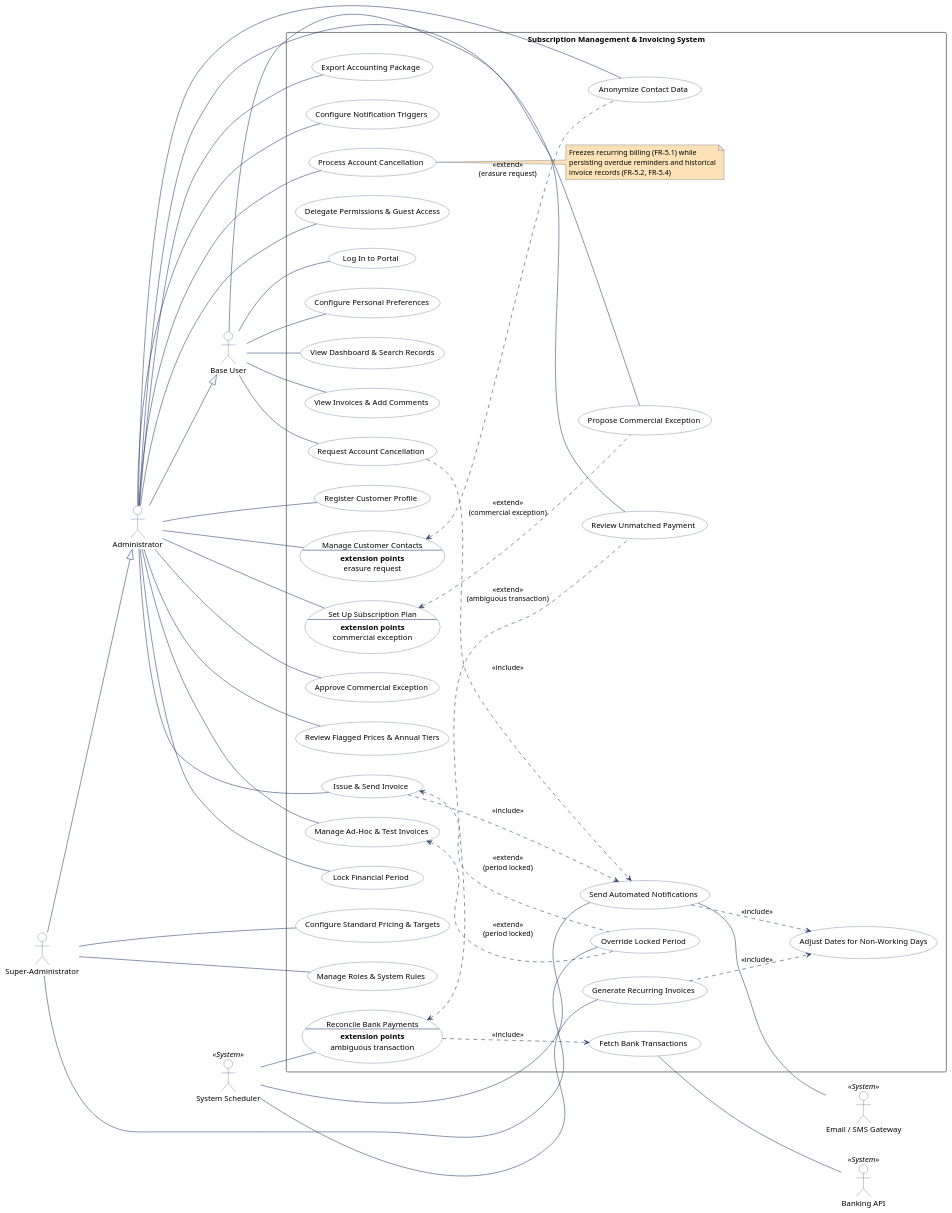
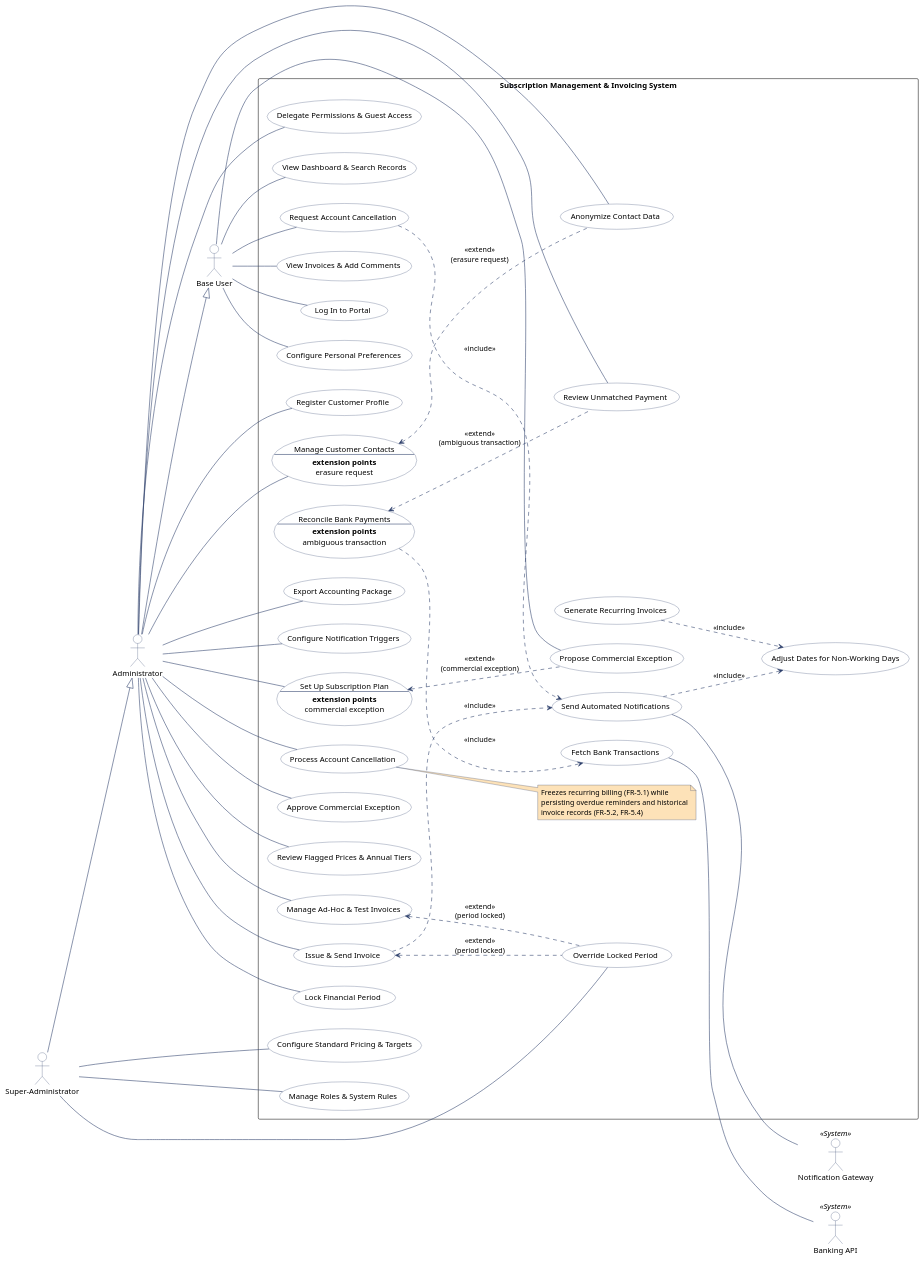
Before and after one commit to Sandunga-ADAProj/ada-project: the diagram in doc/src/use-case-diagram.pu, drawn with PlantUML. The commit also changed 56 other files, not shown here.

Commit message:
Updated use case diagram,specs and requirements to fullfill the corrections of the first delivery

```diff
--- a/doc/src/use-case-diagram.pu
+++ b/doc/src/use-case-diagram.pu
@@ -1,165 +1,160 @@
 @startuml
 left to right direction
 
 ' Global settings
 skinparam shadowing false
 skinparam packageStyle rectangle
 
 ' Use Case styling
 skinparam usecase {
     BackgroundColor #FFFFFF
     BorderColor #2B3E6A
     FontColor #000000
 }
 
 ' Actor styling
 skinparam actor {
     BackgroundColor #FFFFFF
     BorderColor #2B3E6A
     FontColor #000000
 }
 
 ' Note styling
 skinparam note {
     BackgroundColor #FDE2B8
     BorderColor #2B3E6A
     FontColor #000000
 }
 
 ' Arrow styling
 skinparam arrow {
     Color #2B3E6A
 }
 
 '=== Actors ===
 ' Human Actors
 actor "Base User" as User
 actor "Administrator" as Admin
 actor "Super-Administrator" as SuperAdmin
 
 ' System Actors
 actor "Banking API" as BankAPI << System >>
-actor "Email / SMS Gateway" as NotifSystem << System >>
-actor "System Scheduler" as Timer << System >>
+actor "Notification Gateway" as NotifGateway << System >>
 
 
 '=== System Boundary ===
 rectangle "Subscription Management & Invoicing System" {
 
     '=== Use Cases ===
     ' 1. Portal Access & Navigation (UC01 - UC04)
     usecase "Log In to Portal" as UC01
     usecase "Configure Personal Preferences" as UC02
     usecase "View Dashboard & Search Records" as UC03
     usecase "View Invoices & Add Comments" as UC04
 
     ' 2. Customer Onboarding & CRM (UC05 - UC07)
     usecase "Register Customer Profile" as UC05
     usecase UC06 as "Manage Customer Contacts
     --
     **extension points**
     erasure request"
     usecase "Anonymize Contact Data" as UC07
 
     ' 3. Subscriptions & Pricing (UC08 - UC12)
     usecase UC08 as "Set Up Subscription Plan
     --
     **extension points**
     commercial exception"
     usecase "Propose Commercial Exception" as UC09
     usecase "Approve Commercial Exception" as UC10
     usecase "Configure Standard Pricing & Targets" as UC11
     usecase "Review Flagged Prices & Annual Tiers" as UC12
 
     ' 4. Invoicing & Accounting Operations (UC13 - UC19)
     usecase "Generate Recurring Invoices" as UC13
     usecase "Manage Ad-Hoc & Test Invoices" as UC14
     usecase "Issue & Send Invoice" as UC15
     usecase "Lock Financial Period" as UC16
     usecase "Override Locked Period" as UC17
     usecase "Export Accounting Package" as UC18
     usecase "Adjust Dates for Non-Working Days" as UC19
 
     ' 5. Banking & Reconciliation (UC20 - UC22)
     usecase UC20 as "Reconcile Bank Payments
     --
     **extension points**
     ambiguous transaction"
     usecase "Fetch Bank Transactions" as UC21
     usecase "Review Unmatched Payment" as UC22
 
     ' 6. Notifications & Cancellation (UC23 - UC26)
     usecase "Send Automated Notifications" as UC23
     usecase "Configure Notification Triggers" as UC24
     usecase "Request Account Cancellation" as UC25
     usecase "Process Account Cancellation" as UC26
 
     note right of UC26
         Freezes recurring billing (FR-5.1) while
         persisting overdue reminders and historical
         invoice records (FR-5.2, FR-5.4)
     end note
 
     ' 7. Access & System Administration (UC27 - UC28)
     usecase "Delegate Permissions & Guest Access" as UC27
     usecase "Manage Roles & System Rules" as UC28
 
 }
 
 '=== Relationships ===
 ' Actor Generalizations
 Admin --|> User
 SuperAdmin --|> Admin
 
 ' Base User Associations
 User -- UC01
 User -- UC02
 User -- UC03
 User -- UC04
 User -- UC09
 User -- UC25
 
 ' Administrator Associations
 Admin -- UC05
 Admin -- UC06
 Admin -- UC07
 Admin -- UC08
 Admin -- UC10
 Admin -- UC12
 Admin -- UC14
 Admin -- UC15
 Admin -- UC16
 Admin -- UC18
 Admin -- UC22
 Admin -- UC24
 Admin -- UC26
 Admin -- UC27
 
 ' Super-Administrator Associations
 SuperAdmin -- UC11
 SuperAdmin -- UC17
 SuperAdmin -- UC28
 
-' Automated System Actor Associations
-Timer -- UC13
-Timer -- UC20
-Timer -- UC23
+' External System Actor Associations
 UC21 -- BankAPI
-UC23 -- NotifSystem
+UC23 -- NotifGateway
 
 ' Include Relationships (Shared Subfunctions & External Calls)
 UC13 ..> UC19 : <<include>>
 UC23 ..> UC19 : <<include>>
 UC15 ..> UC23 : <<include>>
 UC25 ..> UC23 : <<include>>
 UC20 ..> UC21 : <<include>>
 
 ' Extend Relationships (Conditional Workflows)
 UC06 <.. UC07 : <<extend>>\n(erasure request)
 UC08 <.. UC09 : <<extend>>\n(commercial exception)
 UC14 <.. UC17 : <<extend>>\n(period locked)
 UC15 <.. UC17 : <<extend>>\n(period locked)
 UC20 <.. UC22 : <<extend>>\n(ambiguous transaction)
 
-
 @enduml
```
